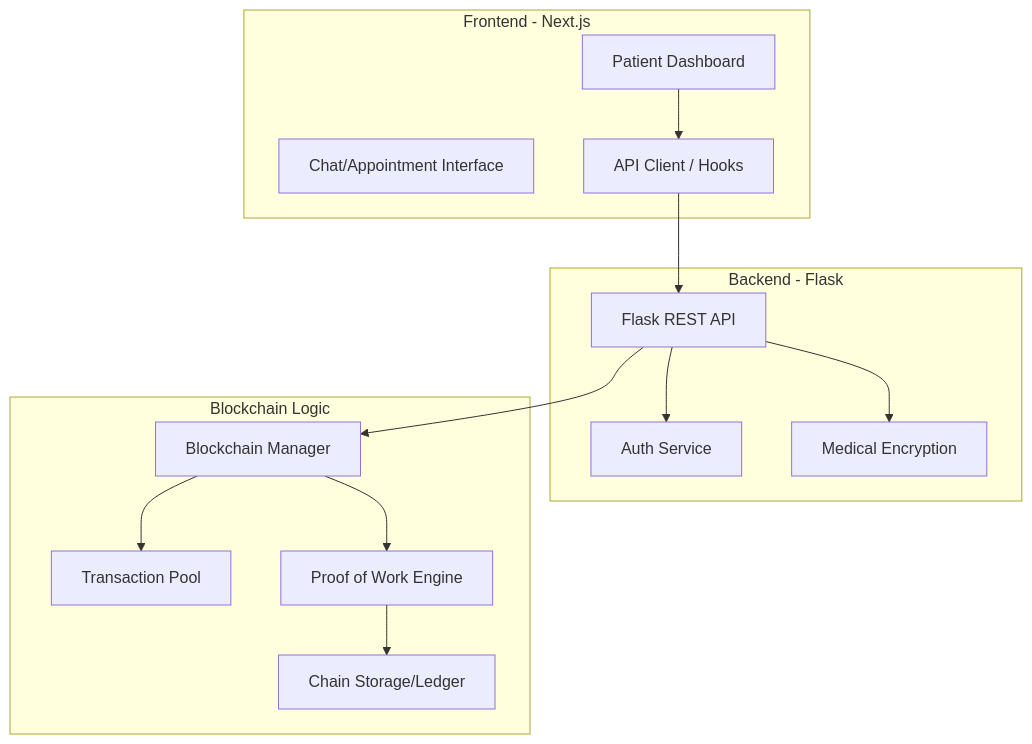
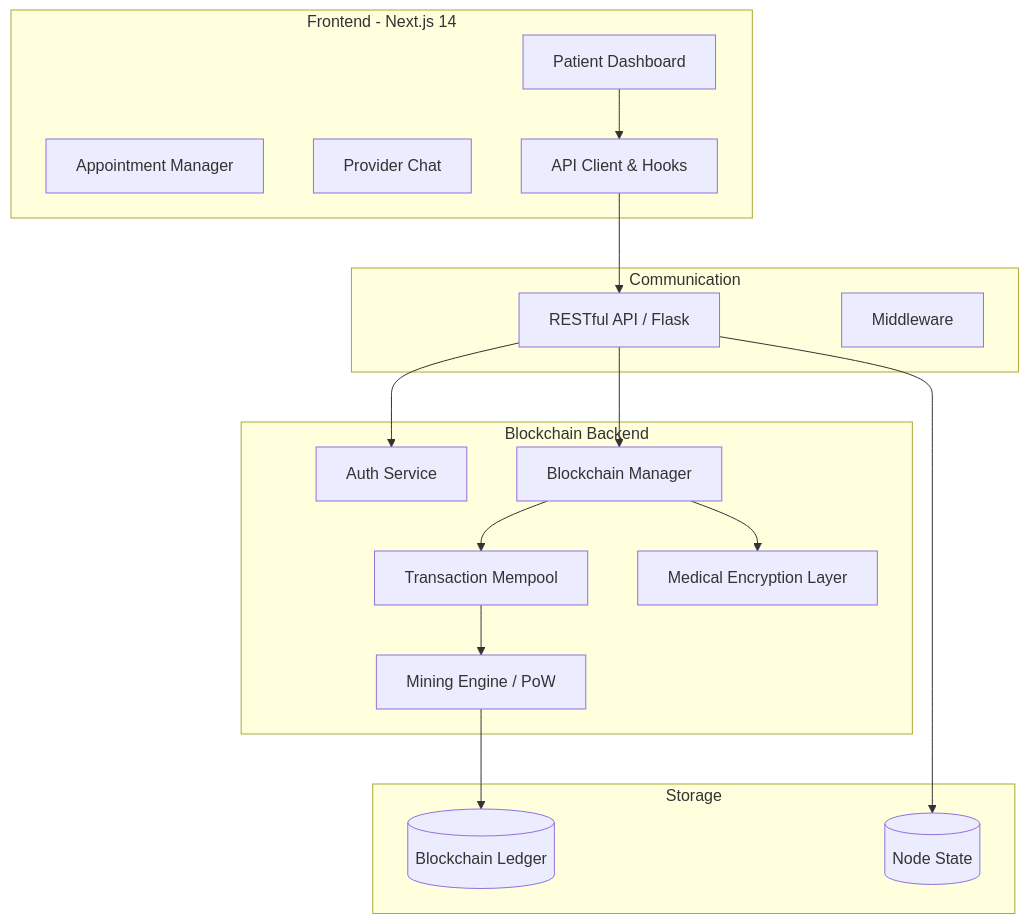
Before and after one commit to WomB0ComB0/hack-knight-25: the diagram in README.md, drawn with Mermaid. The commit also changed other lines of this file, not shown here.

````diff
--- a/README.md
+++ b/README.md
@@ -51,30 +51,37 @@
 ```mermaid
 graph TD
-    subgraph Client_Layer [Frontend - Next.js]
-        UI[Patient Dashboard]
-        CP[Chat/Appointment Interface]
-        API_C[API Client / Hooks]
+    subgraph Client_Layer [Frontend - Next.js 14]
+        Dashboard[Patient Dashboard]
+        Appt[Appointment Manager]
+        Chat[Provider Chat]
+        API_C[API Client & Hooks]
     end
 
-    subgraph API_Layer [Backend - Flask]
-        FL[Flask REST API]
-        AS[Auth Service]
-        ME[Medical Encryption]
+    subgraph API_Gateway [Communication]
+        REST[RESTful API / Flask]
+        WS[Middleware]
     end
 
-    subgraph Core_Blockchain [Blockchain Logic]
+    subgraph Core_Logic [Blockchain Backend]
+        Auth[Auth Service]
         BC[Blockchain Manager]
-        MEM[Transaction Pool]
-        POW[Proof of Work Engine]
-        CH[Chain Storage/Ledger]
+        Pool[Transaction Mempool]
+        Mine[Mining Engine / PoW]
+        Enc[Medical Encryption Layer]
     end
 
-    UI --> API_C
-    API_C --> FL
-    FL --> AS
-    FL --> BC
-    BC --> MEM
-    BC --> POW
-    POW --> CH
-    FL --> ME
+    subgraph Persistence [Storage]
+        Ledger[(Blockchain Ledger)]
+        State[(Node State)]
+    end
+
+    Dashboard --> API_C
+    API_C --> REST
+    REST --> Auth
+    REST --> BC
+    BC --> Pool
+    Pool --> Mine
+    Mine --> Ledger
+    BC --> Enc
+    REST --> State
 ```
````
